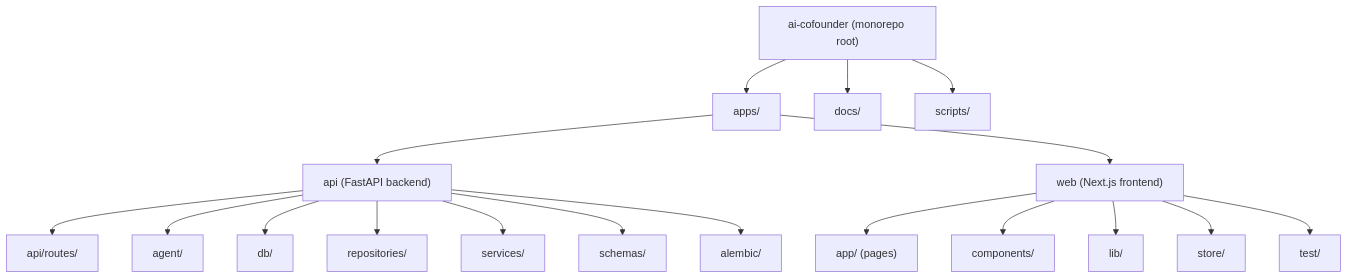
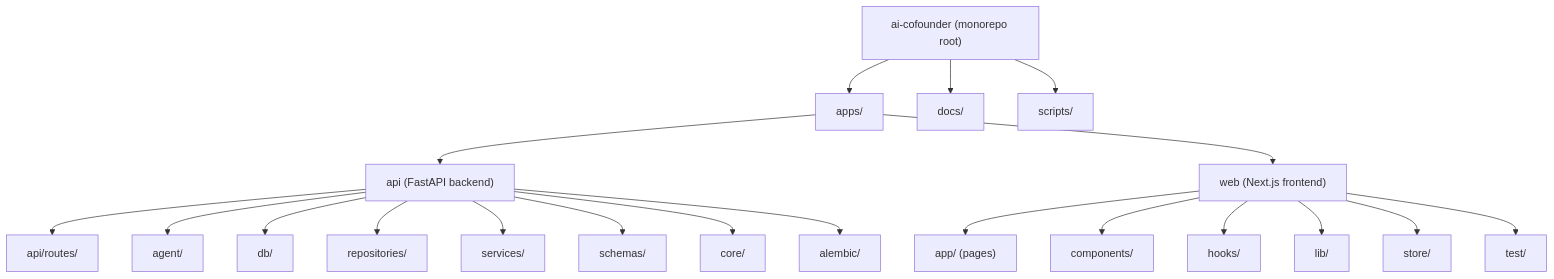
The diagram in CLAUDE.md (qqzhangyanhua/chat-prd2), drawn with Mermaid before and after one commit. The commit also changed other lines of this file and 10 other files, not shown here.

First line of the commit message:
docs: update architecture docs and add PRD critic/refine loop contracts

````diff
--- a/CLAUDE.md
+++ b/CLAUDE.md
@@ -20,25 +20,27 @@
 ```mermaid
 graph TD
     Root["ai-cofounder (monorepo root)"] --> Apps["apps/"]
     Apps --> API["api (FastAPI backend)"]
     Apps --> Web["web (Next.js frontend)"]
     Root --> Docs["docs/"]
     Root --> Scripts["scripts/"]
 
     API --> API_Routes["api/routes/"]
     API --> API_Agent["agent/"]
     API --> API_DB["db/"]
     API --> API_Repos["repositories/"]
     API --> API_Services["services/"]
     API --> API_Schemas["schemas/"]
+    API --> API_Core["core/"]
     API --> API_Alembic["alembic/"]
 
     Web --> Web_App["app/ (pages)"]
     Web --> Web_Components["components/"]
+    Web --> Web_Hooks["hooks/"]
     Web --> Web_Lib["lib/"]
     Web --> Web_Store["store/"]
     Web --> Web_Test["test/"]
 
     click API "./apps/api/CLAUDE.md" "查看 api 模块文档"
     click Web "./apps/web/CLAUDE.md" "查看 web 模块文档"
 ```
````
